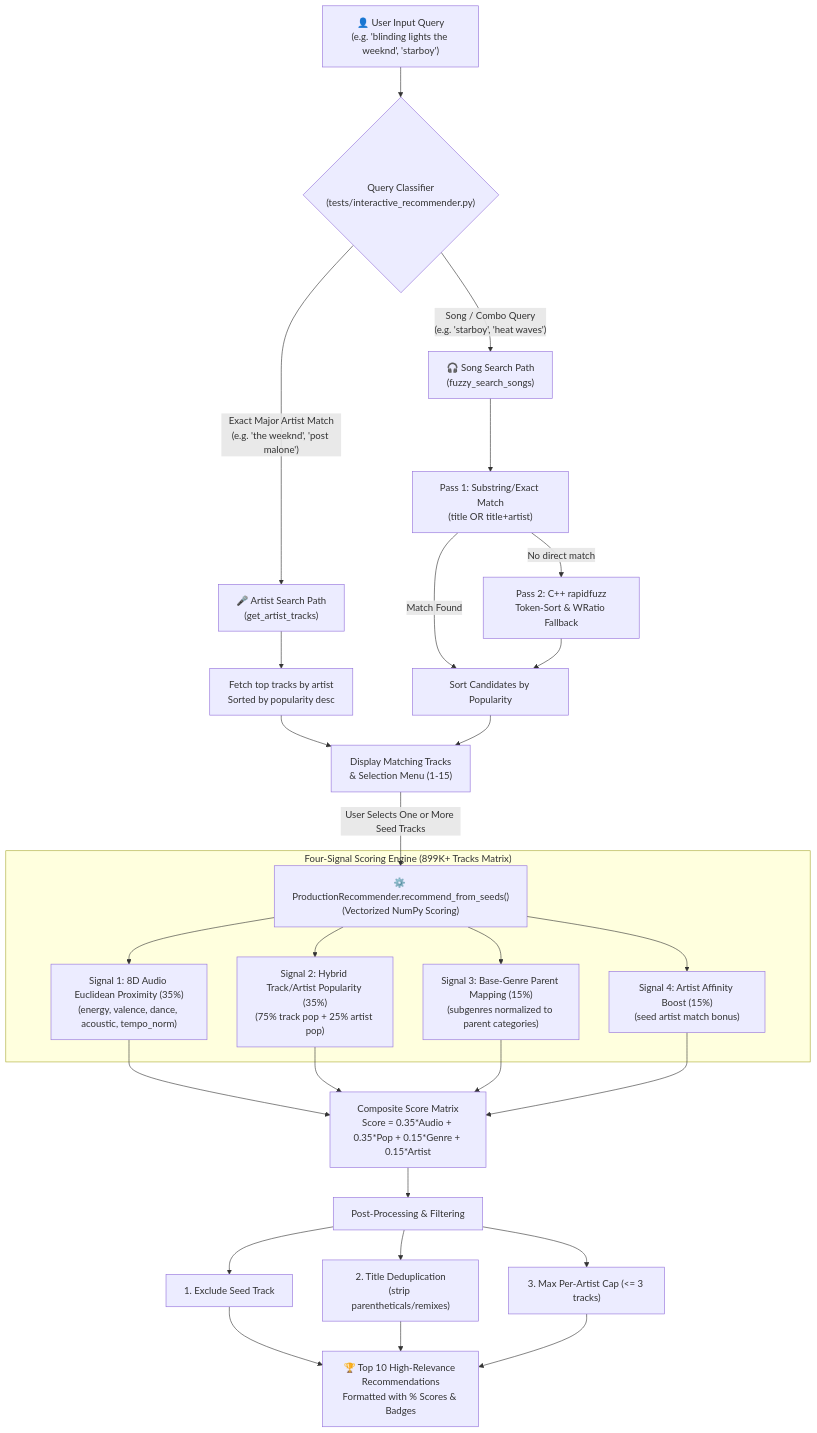
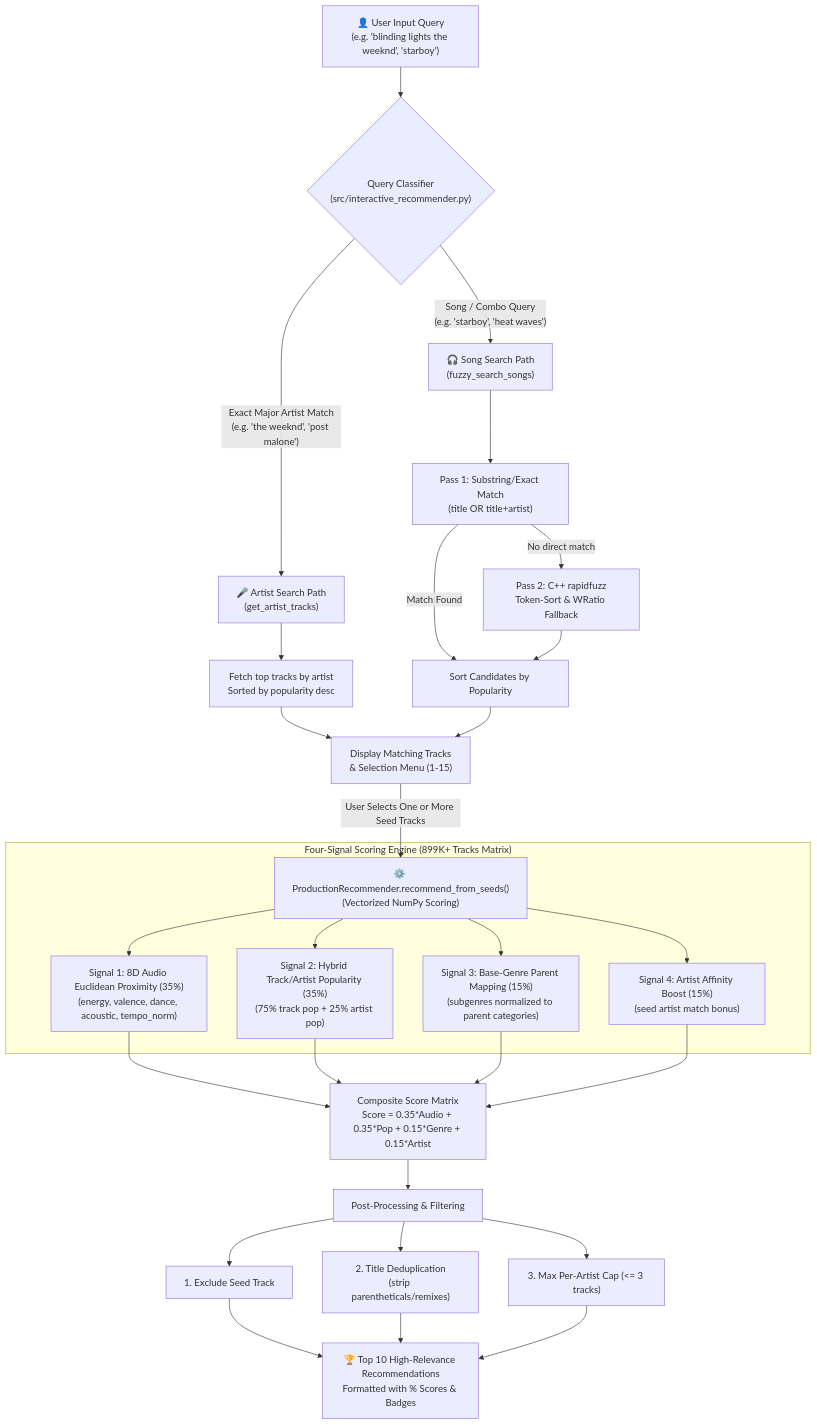
One commit to Geek-yash666/ai110-module3show-musicrecommendersimulation-starter changed the diagram in README.md. Above: the diagram before and after it, drawn with Mermaid. The commit also changed other lines of this file and 5 other files, not shown here.

````diff
--- a/README.md
+++ b/README.md
@@ -78,33 +78,33 @@
 ```mermaid
 flowchart TD
-    A["👤 User Input Query<br>(e.g. 'blinding lights the weeknd', 'starboy')"] --> B{"Query Classifier<br>(tests/interactive_recommender.py)"}
+    A["👤 User Input Query<br>(e.g. 'blinding lights the weeknd', 'starboy')"] --> B{"Query Classifier<br>(src/interactive_recommender.py)"}
   
     B -->|"Exact Major Artist Match<br>(e.g. 'the weeknd', 'post malone')"| C["🎤 Artist Search Path<br>(get_artist_tracks)"]
     B -->|"Song / Combo Query<br>(e.g. 'starboy', 'heat waves')"| D["🎧 Song Search Path<br>(fuzzy_search_songs)"]
   
     C --> C1["Fetch top tracks by artist<br>Sorted by popularity desc"] --> E["Display Matching Tracks<br>& Selection Menu (1-15)"]
   
     D --> D1["Pass 1: Substring/Exact Match<br>(title OR title+artist)"]
     D1 -->|"No direct match"| D2["Pass 2: C++ rapidfuzz<br>Token-Sort & WRatio Fallback"]
     D1 -->|"Match Found"| D3["Sort Candidates by Popularity"]
     D2 --> D3
     D3 --> E
   
     E -->|"User Selects One or More Seed Tracks"| F["⚙️ ProductionRecommender.recommend_from_seeds()<br>(Vectorized NumPy Scoring)"]
   
     subgraph "Four-Signal Scoring Engine (899K+ Tracks Matrix)"
         F --> S1["Signal 1: 8D Audio Euclidean Proximity (35%)<br>(energy, valence, dance, acoustic, tempo_norm)"]
         F --> S2["Signal 2: Hybrid Track/Artist Popularity (35%)<br>(75% track pop + 25% artist pop)"]
         F --> S3["Signal 3: Base-Genre Parent Mapping (15%)<br>(subgenres normalized to parent categories)"]
         F --> S4["Signal 4: Artist Affinity Boost (15%)<br>(seed artist match bonus)"]
     end
   
     S1 & S2 & S3 & S4 --> G["Composite Score Matrix<br>Score = 0.35*Audio + 0.35*Pop + 0.15*Genre + 0.15*Artist"]
   
     G --> H["Post-Processing & Filtering"]
     H --> H1["1. Exclude Seed Track"]
     H --> H2["2. Title Deduplication<br>(strip parentheticals/remixes)"]
     H --> H3["3. Max Per-Artist Cap (<= 3 tracks)"]
   
     H1 & H2 & H3 --> I["🏆 Top 10 High-Relevance Recommendations<br>Formatted with % Scores & Badges"]
 ```
````
